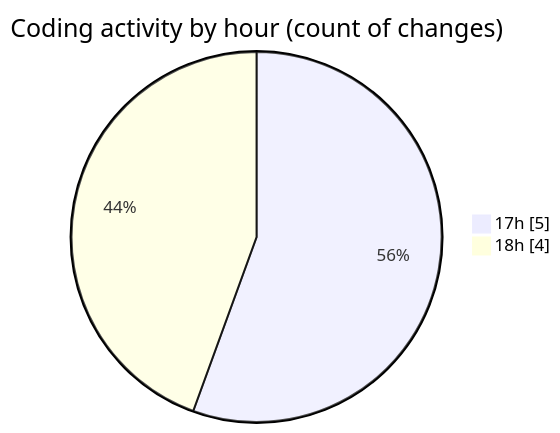
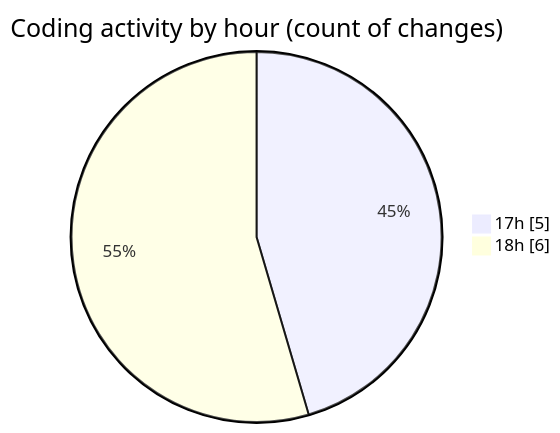
Before and after one commit to tmsrecording-cyber/code-tracking: the second of 2 diagrams in 2026-02-01/singularitybrainai/README.md, drawn with Mermaid. The commit also changed other lines of this file and 1 other file, not shown here.

````diff
--- a/2026-02-01/singularitybrainai/README.md
+++ b/2026-02-01/singularitybrainai/README.md
@@ -31,6 +31,6 @@
 ```mermaid
 pie showData
 title Coding activity by hour (count of changes)
 "17h" : 5
-"18h" : 4
+"18h" : 6
 ```
````
